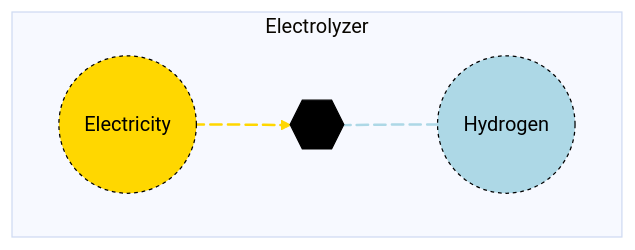
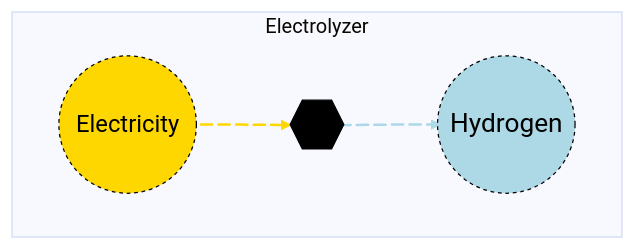
One commit to openmod-tracker/MacroEnergy.jl changed the diagram in docs/src/Manual/assets/electrolyzer.md. Above: the diagram before and after it, drawn with Mermaid. The commit also changed 12 other files, not shown here.

Commit message:
Fix Mermaid diagram rendering issues in asset library

````diff
--- a/docs/src/Manual/assets/electrolyzer.md
+++ b/docs/src/Manual/assets/electrolyzer.md
@@ -21,17 +21,17 @@
 ```mermaid
 %%{init: {'theme': 'base', 'themeVariables': { 'background': '#D1EBDE' }}}%%
 flowchart LR
   subgraph Electrolyzer
   direction LR
   A((Electricity)) e1@--> B{{..}}
   B e2@--> C((Hydrogen))
   e1@{ animate: true }
   e2@{ animate: true }
  end
-    style A r:55px,fill:#FFD700,stroke:black,color:black,stroke-dasharray: 3,5;
+    style A font-size:19px,r:55px,fill:#FFD700,stroke:black,color:black,stroke-dasharray: 3,5;
     style B fill:black,stroke:black,color:black;
-    style C r:55px,fill:lightblue,stroke:black,color:black,stroke-dasharray: 3,5;
+    style C font-size:21px,r:55px,fill:lightblue,stroke:black,color:black,stroke-dasharray: 3,5;
 
     linkStyle 0 stroke:#FFD700, stroke-width: 2px, stroke-dasharray: 5 5;
     linkStyle 1 stroke:lightblue, stroke-width: 2px, stroke-dasharray: 5 5;
 ```
````
